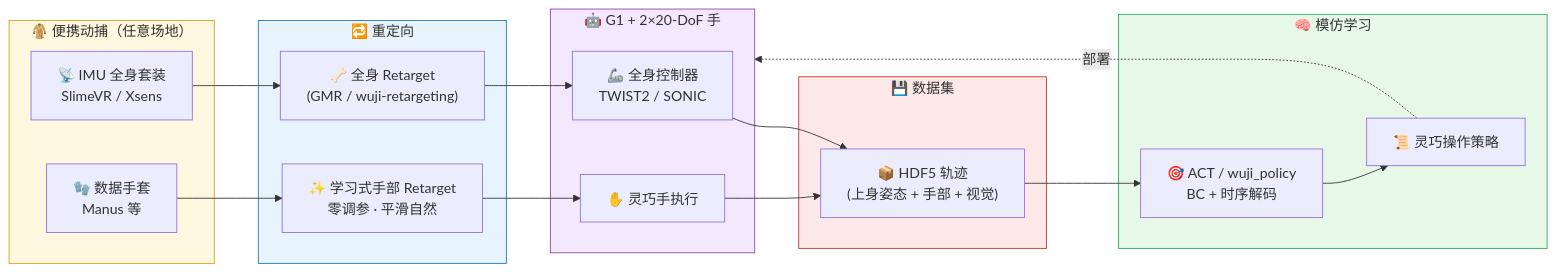
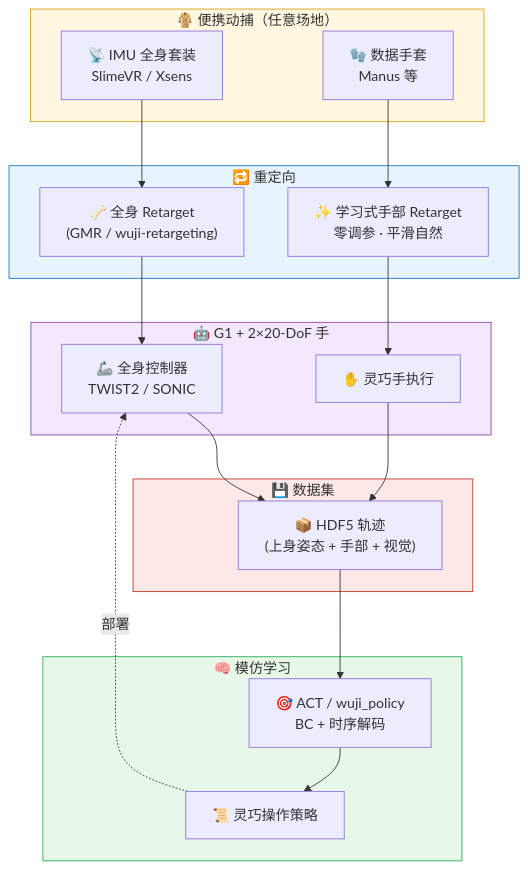
One commit to ImChong/Humanoid_Robot_Learning_Paper_Notebooks changed the diagram in papers/06_Manipulation/HumDex_Humanoid_Dexterous_Manipulation_Made_Easy/HumDex_Humanoid_Dexterous_Manipulation_Made_Easy.md. Above: the diagram before and after it, drawn with Mermaid. The commit also changed 1 other file, not shown here.

Commit message:
fix(Paper): HumDex 流程图纵向化并改进 Mermaid 深色对比度
将 HumDex 整体流程由 LR 改为 TB，主栏内字号更易读；深色主题为论文中常用 pastel 子图补充滤镜与纯黑标题/标签样式，并覆盖 #fff7e0、#f3e8ff、#fde8e8 等色板。

```diff
--- a/papers/06_Manipulation/HumDex_Humanoid_Dexterous_Manipulation_Made_Easy/HumDex_Humanoid_Dexterous_Manipulation_Made_Easy.md
+++ b/papers/06_Manipulation/HumDex_Humanoid_Dexterous_Manipulation_Made_Easy/HumDex_Humanoid_Dexterous_Manipulation_Made_Easy.md
@@ -101,42 +101,42 @@
 <div class="mermaid">
-flowchart LR
+flowchart TB
     subgraph CAP["🧥 便携动捕（任意场地）"]
         IMU["📡 IMU 全身套装<br/>SlimeVR / Xsens"]
         GLV["🧤 数据手套<br/>Manus 等"]
     end
 
     subgraph RET["🔁 重定向"]
         BR["🦴 全身 Retarget<br/>(GMR / wuji-retargeting)"]
         HR["✨ 学习式手部 Retarget<br/>零调参 · 平滑自然"]
     end
 
     subgraph ROBOT["🤖 G1 + 2×20-DoF 手"]
         WBC["🦾 全身控制器<br/>TWIST2 / SONIC"]
         EXEC["✋ 灵巧手执行"]
     end
 
     subgraph DATA["💾 数据集"]
         H5["📦 HDF5 轨迹<br/>(上身姿态 + 手部 + 视觉)"]
     end
 
     subgraph TRAIN["🧠 模仿学习"]
         ACT["🎯 ACT / wuji_policy<br/>BC + 时序解码"]
         POL["📜 灵巧操作策略"]
     end
 
     IMU --> BR
     GLV --> HR
     BR --> WBC
     HR --> EXEC
     WBC --> H5
     EXEC --> H5
     H5 --> ACT
     ACT --> POL
-    POL -.部署.-> ROBOT
+    POL -.->|部署| WBC
 
     style CAP fill:#fff7e0,stroke:#d4a017
     style RET fill:#e8f4fd,stroke:#1f78b4
     style ROBOT fill:#f3e8ff,stroke:#8e44ad
     style DATA fill:#fde8e8,stroke:#c0392b
     style TRAIN fill:#e8f8e8,stroke:#27ae60
 </div>
```
